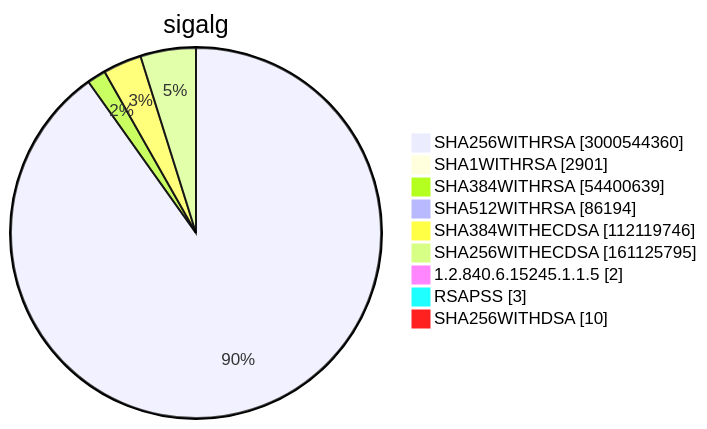
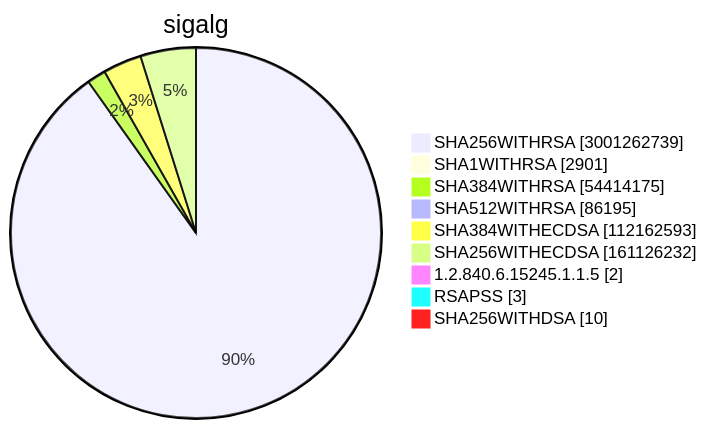
Before and after one commit to christiankrug/ctmonitor_visualization: diagram 15 of 15 in TOTAL/README.md, drawn with Mermaid. The commit also changed other lines of this file, not shown here.

````diff
--- a/TOTAL/README.md
+++ b/TOTAL/README.md
@@ -6208,13 +6208,13 @@
 ```mermaid
 pie showData
 title sigalg
-"SHA256WITHRSA" :3000544360
+"SHA256WITHRSA" :3001262739
 "SHA1WITHRSA" :2901
-"SHA384WITHRSA" :54400639
-"SHA512WITHRSA" :86194
-"SHA384WITHECDSA" :112119746
-"SHA256WITHECDSA" :161125795
+"SHA384WITHRSA" :54414175
+"SHA512WITHRSA" :86195
+"SHA384WITHECDSA" :112162593
+"SHA256WITHECDSA" :161126232
 "1.2.840.6.15245.1.1.5" :2
 "RSAPSS" :3
 "SHA256WITHDSA" :10
 ```
````
